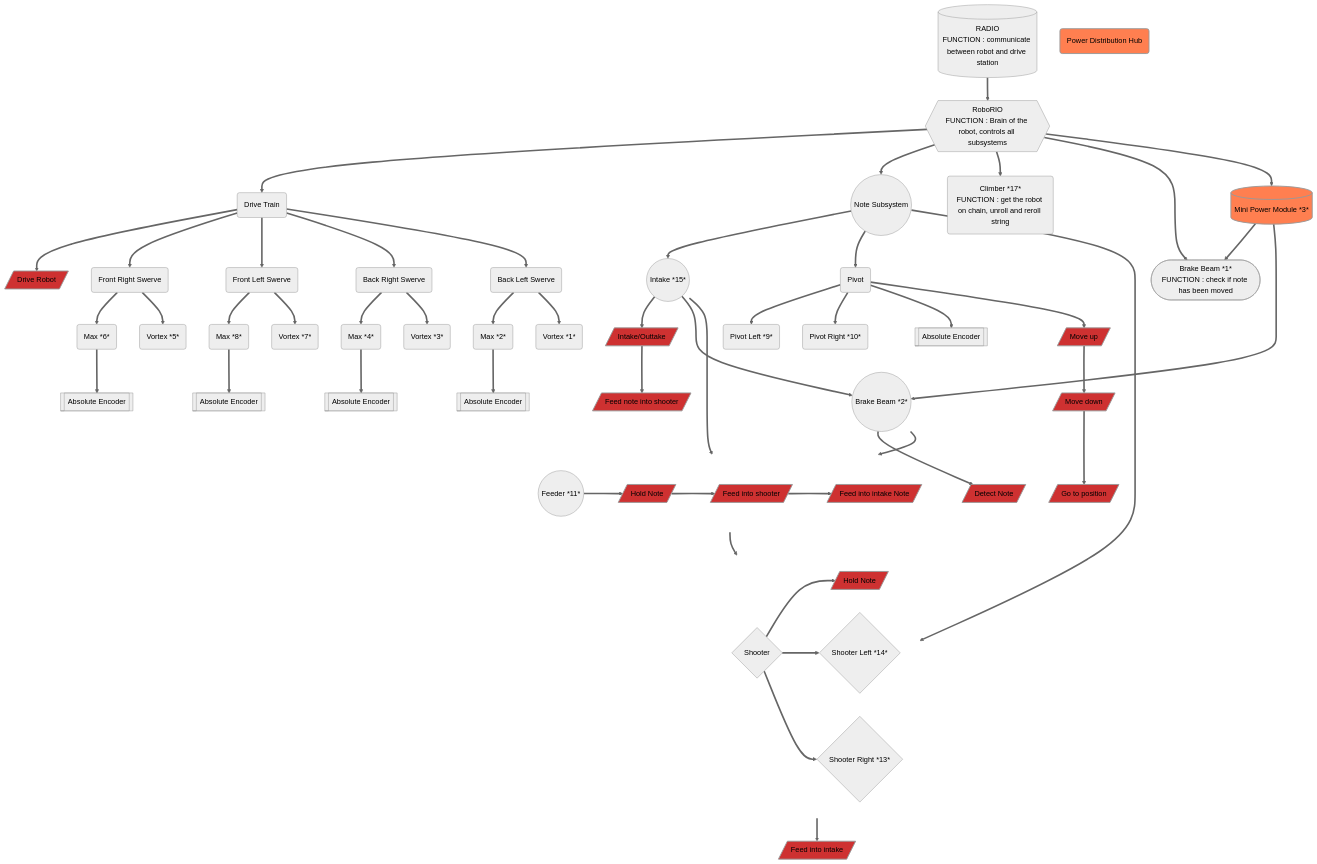
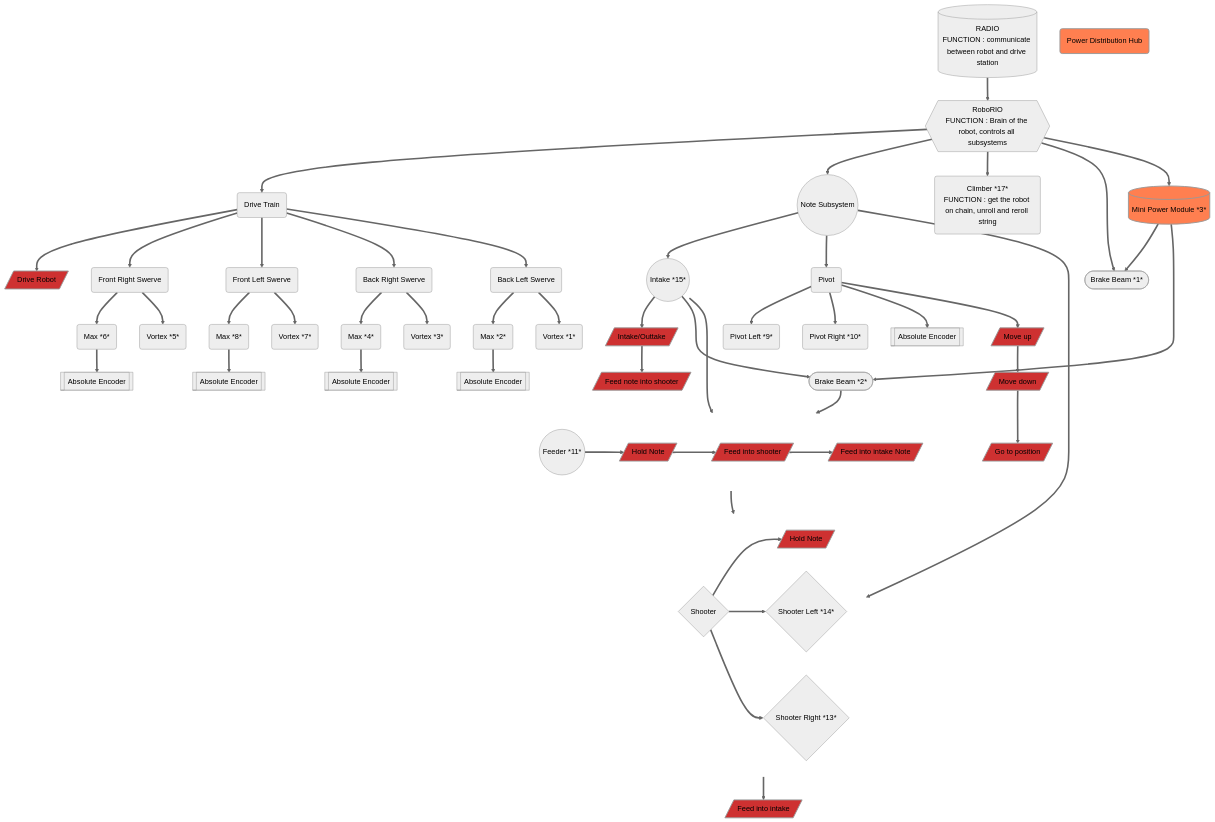
Before and after one commit to richardson-area-wide-robotics/Frc24-Crescendo-1745-OffSeason-AdvantageKit: the diagram in tony_graphs.md, drawn with Mermaid (neutral theme).

````diff
--- a/tony_graphs.md
+++ b/tony_graphs.md
@@ -1,84 +1,81 @@
 ```mermaid
 
 graph TD;
     subgraph invisibleShooterGroup
         direction LR
         ShooterSystem{Shooter};
         ShooterSystem==>FUNCSHOOTER;
         ShooterSystem==>ShooterLeft{Shooter Left *14*};
         ShooterSystem==>ShooterRight{Shooter Right *13*};
     end
 
 subgraph invisibleFeederGroup
         direction LR
         FeederSystem ==>FUNCFEEDER;
         FUNCFEEDER[/Hold Note/] ==>FUNCFEEDER2;
         FUNCFEEDER2[/Feed into shooter/] ==> FUNCFEEDER3;
         FUNCFEEDER3[/Feed into intake Note/];
     end
 
     RoboRIO{{RoboRIO
 FUNCTION : Brain of the robot, controls all subsystems}}==>DriveTrain;
     DriveTrain(Drive Train);
     DriveTrain==>FUNCDRIVE[/Drive Robot/];
     RoboRIO==>NoteSubsystem((Note Subsystem));
     NoteSubsystem==>IntakeSystem((Intake *15*));
     NoteSubsystem==>ShooterSystem;
     RoboRIO==>ClimberSystem(Climber *17*
 FUNCTION : get the robot on chain, unroll and reroll string);
     IntakeSystem==>FeederSystem((Feeder *11*))==>ShooterSystem;
     IntakeSystem==>FUNCINTAKE1;
     NoteSubsystem==>PivotSystem(Pivot);
     PivotSystem==>PivotLeft(Pivot Left *9*);
     PivotSystem==>PivotRight(Pivot Right *10*);
     DriveTrain==>FrontRightSwerve(Front Right Swerve);
     DriveTrain==>FrontLeftSwerve(Front Left Swerve);
     DriveTrain==>BackRightSwerve(Back Right Swerve);
     DriveTrain==>BackLeftSwerve(Back Left Swerve);
     FrontRightSwerve==>MaxFR(Max *6*);
     FrontLeftSwerve==>MaxFL(Max *8*);
     BackRightSwerve==>MaxBR(Max *4*);
     BackLeftSwerve==>MaxBL(Max *2*);
     FrontRightSwerve==>VortexFR(Vortex *5*);
     FrontLeftSwerve==>VortexFL(Vortex *7*);
     BackRightSwerve==>VortexBR(Vortex *3*);
     BackLeftSwerve==>VortexBL(Vortex *1*);
     MaxFR==>EncoderFR[[Absolute Encoder]];
     MaxFL==>EncoderFL[[Absolute Encoder]];
     MaxBR==>EncoderBR[[Absolute Encoder]];
     MaxBL==>EncoderBL[[Absolute Encoder]];
     PivotSystem==>PivotEncoder[[Absolute Encoder]];
-    IntakeSystem===>BrakeBeamNote((Brake Beam *2*))==>FeederSystem;
-    BrakeBeamNote==>FUNCBREAKBEAM;
-    RoboRIO==>ShooterBrakeBeam([Brake Beam *1*
-FUNCTION : check if note has been moved]);
+    IntakeSystem===>BrakeBeamNote([Brake Beam *2*])==>FeederSystem;
+    RoboRIO==>ShooterBrakeBeam([Brake Beam *1*]);
     RoboRIO==>MiniPowerModule[(Mini Power Module *3*)]==>ShooterBrakeBeam;
     MiniPowerModule[(Mini Power Module *3*)]==>BrakeBeamNote;
     RADIO[(RADIO
 FUNCTION : communicate between robot and drive station)]==>RoboRIO;
     FUNCINTAKE1[/Intake/Outtake/]==>FUNCINTAKE2;
     FUNCINTAKE2[/Feed note into shooter/];
-    FUNCBREAKBEAM[/Detect Note/];
     FUNCSHOOTER[/Hold Note/] ==>FUNCSHOOTER2;
     FUNCSHOOTER2[/Feed into intake/];
 
     PivotSystem==>FUNCPIVOT1[/Move up/]==>FUNCPIVOT2;
     FUNCPIVOT2[/Move down/]==>FUNCPIVOT3;
     FUNCPIVOT3[/Go to position/];
 
     PDH(Power Distribution Hub);
 
 
     classDef fuctionStyle fill:#ce3131,stroke-width:2px,color:#000;
     class FUNCINTAKE1,FUNCINTAKE2,FUNCINTAKE3,FUNCBREAKBEAM,FUNCFEEDER,FUNCFEEDER2,FUNCFEEDER3,FUNCSHOOTER,FUNCSHOOTER2,FUNCSHOOTER3,FUNCDRIVE,FUNCPIVOT1,FUNCPIVOT2,FUNCPIVOT3 fuctionStyle;
 
     classDef invisible fill:none,stroke:none,color:transparent;
     class invisibleShooterGroup,invisibleFeederGroup invisible;
 
     classDef powerStyle fill:#ff7f50,stroke-width:2px,color:#000;
     class PDH,MiniPowerModule powerStyle;
 
     linkStyle default interpolate basis;
 
 
 ```
````
